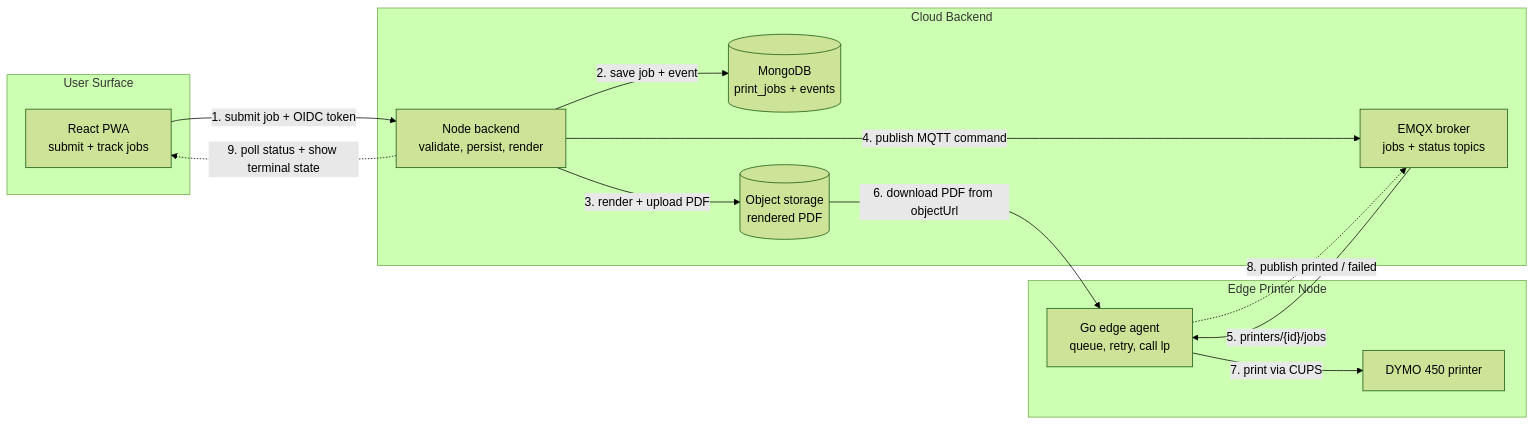
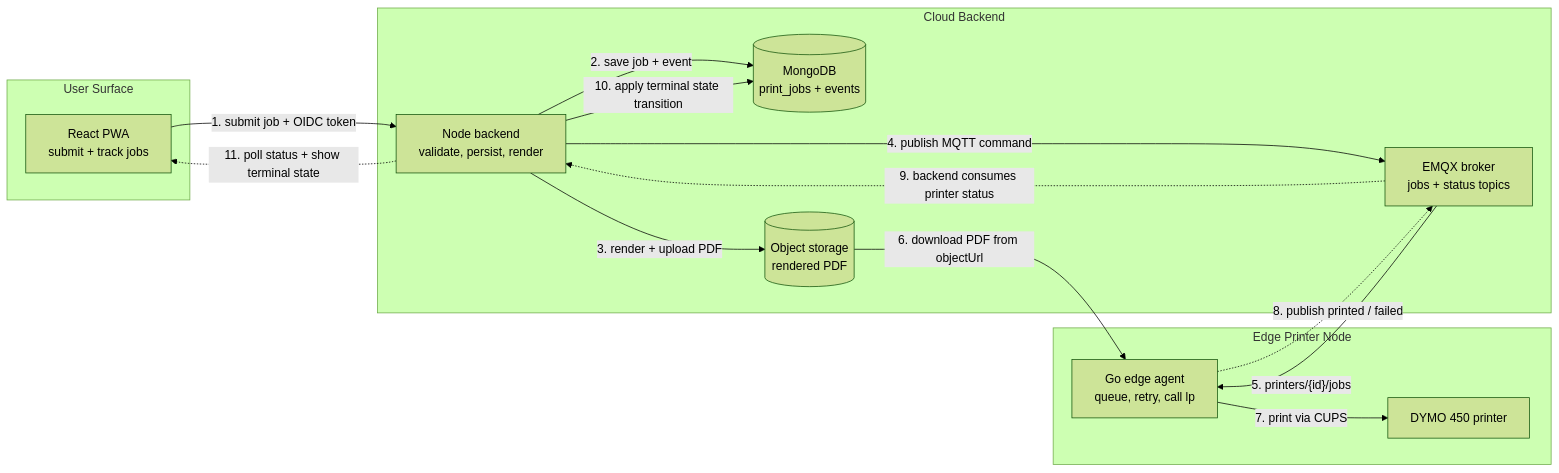
The diagram in readme.md (officialdavidtaylor/leftover-label-printer), drawn with Mermaid (forest theme) before and after one commit. The commit also changed other lines of this file, not shown here.

Commit message:
docs(readme): include backend status confirmation step

````diff
--- a/readme.md
+++ b/readme.md
@@ -11,28 +11,30 @@
 ```mermaid
 flowchart LR
   subgraph User["User Surface"]
     PWA["React PWA<br/>submit + track jobs"]
   end
 
   subgraph Cloud["Cloud Backend"]
     API["Node backend<br/>validate, persist, render"]
     DB[("MongoDB<br/>print_jobs + events")]
     S3[("Object storage<br/>rendered PDF")]
     MQ["EMQX broker<br/>jobs + status topics"]
   end
 
   subgraph Edge["Edge Printer Node"]
     AGENT["Go edge agent<br/>queue, retry, call lp"]
     PRINTER["DYMO 450 printer"]
   end
 
   PWA -->|"1. submit job + OIDC token"| API
   API -->|"2. save job + event"| DB
   API -->|"3. render + upload PDF"| S3
   API -->|"4. publish MQTT command"| MQ
   MQ -->|"5. printers/{id}/jobs"| AGENT
   S3 -->|"6. download PDF from objectUrl"| AGENT
   AGENT -->|"7. print via CUPS"| PRINTER
   AGENT -.->|"8. publish printed / failed"| MQ
-  API -.->|"9. poll status + show terminal state"| PWA
+  MQ -.->|"9. backend consumes printer status"| API
+  API -->|"10. apply terminal state transition"| DB
+  API -.->|"11. poll status + show terminal state"| PWA
 ```
````
